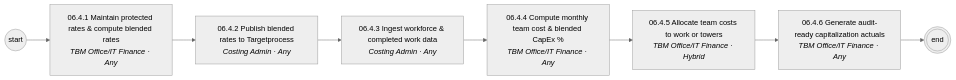
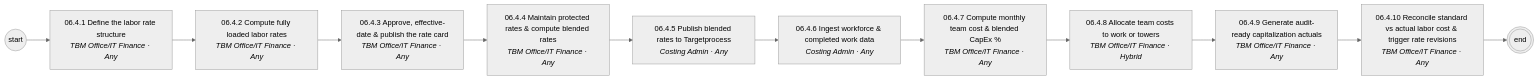
The fifth of 7 diagrams in diagrams/mermaid/area-06.md (corbyjames/apptio-process-catalog), drawn with Mermaid (neutral theme) before and after one commit. The commit also changed 80 other files, not shown here.

First line of the commit message:
v0.8.0: labor rate card build (06.4.1-06.4.3, 06.4.10), 06.4.x renumbered

````diff
--- a/diagrams/mermaid/area-06.md
+++ b/diagrams/mermaid/area-06.md
@@ -73,17 +73,25 @@
 ```mermaid
 flowchart LR
   S((start))
-  N06_4_1["06.4.1 Maintain protected rates & compute blended rates<br/><i>TBM Office/IT Finance · Any</i>"]
+  N06_4_1["06.4.1 Define the labor rate structure<br/><i>TBM Office/IT Finance · Any</i>"]
   S --> N06_4_1
-  N06_4_2["06.4.2 Publish blended rates to Targetprocess<br/><i>Costing Admin · Any</i>"]
+  N06_4_2["06.4.2 Compute fully loaded labor rates<br/><i>TBM Office/IT Finance · Any</i>"]
   N06_4_1 --> N06_4_2
-  N06_4_3["06.4.3 Ingest workforce & completed work data<br/><i>Costing Admin · Any</i>"]
+  N06_4_3["06.4.3 Approve, effective-date & publish the rate card<br/><i>TBM Office/IT Finance · Any</i>"]
   N06_4_2 --> N06_4_3
-  N06_4_4["06.4.4 Compute monthly team cost & blended CapEx %<br/><i>TBM Office/IT Finance · Any</i>"]
+  N06_4_4["06.4.4 Maintain protected rates & compute blended rates<br/><i>TBM Office/IT Finance · Any</i>"]
   N06_4_3 --> N06_4_4
-  N06_4_5["06.4.5 Allocate team costs to work or towers<br/><i>TBM Office/IT Finance · Hybrid</i>"]
+  N06_4_5["06.4.5 Publish blended rates to Targetprocess<br/><i>Costing Admin · Any</i>"]
   N06_4_4 --> N06_4_5
-  N06_4_6["06.4.6 Generate audit-ready capitalization actuals<br/><i>TBM Office/IT Finance · Any</i>"]
+  N06_4_6["06.4.6 Ingest workforce & completed work data<br/><i>Costing Admin · Any</i>"]
   N06_4_5 --> N06_4_6
-  N06_4_6 --> E(((end)))
+  N06_4_7["06.4.7 Compute monthly team cost & blended CapEx %<br/><i>TBM Office/IT Finance · Any</i>"]
+  N06_4_6 --> N06_4_7
+  N06_4_8["06.4.8 Allocate team costs to work or towers<br/><i>TBM Office/IT Finance · Hybrid</i>"]
+  N06_4_7 --> N06_4_8
+  N06_4_9["06.4.9 Generate audit-ready capitalization actuals<br/><i>TBM Office/IT Finance · Any</i>"]
+  N06_4_8 --> N06_4_9
+  N06_4_10["06.4.10 Reconcile standard vs actual labor cost & trigger rate revisions<br/><i>TBM Office/IT Finance · Any</i>"]
+  N06_4_9 --> N06_4_10
+  N06_4_10 --> E(((end)))
 ```
````
